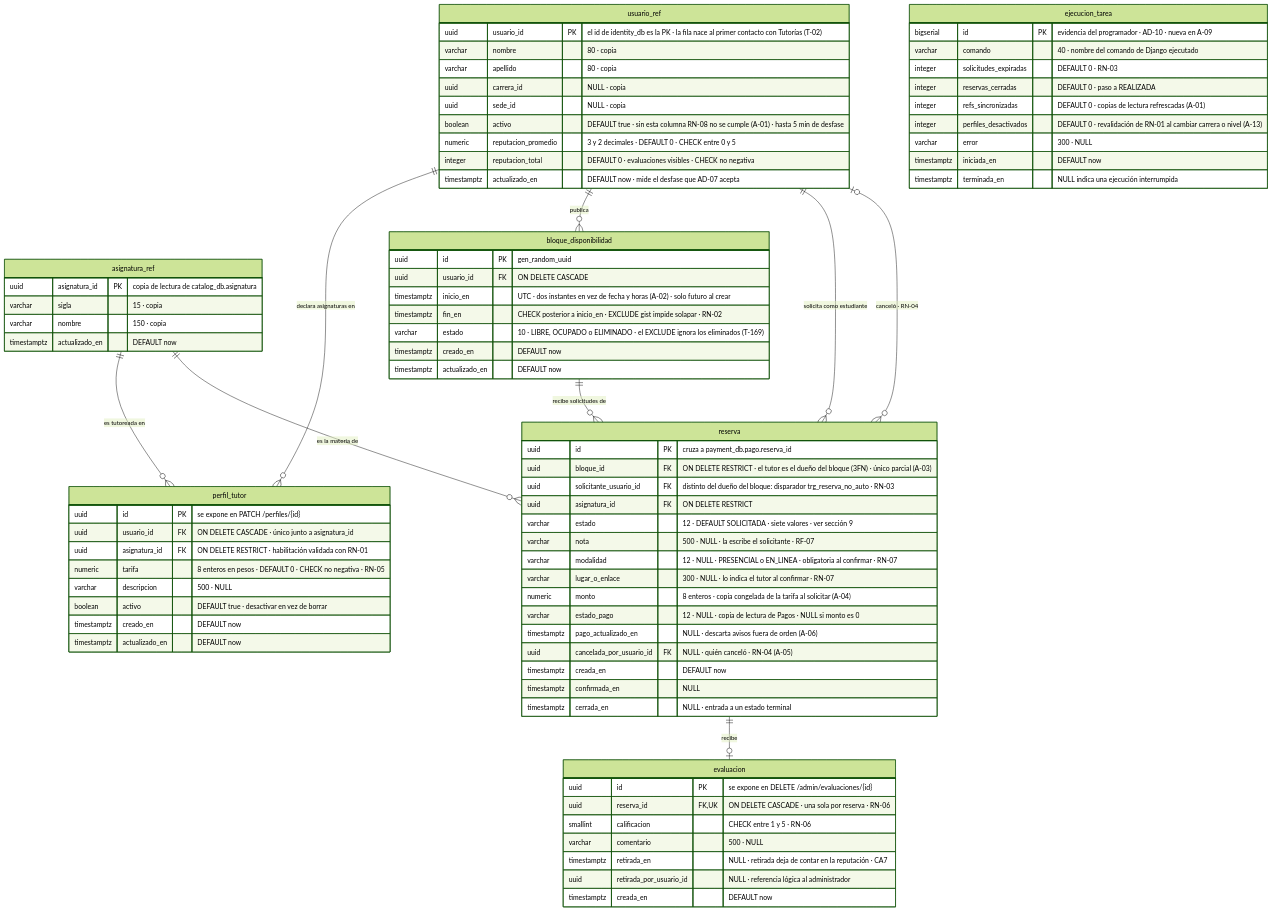
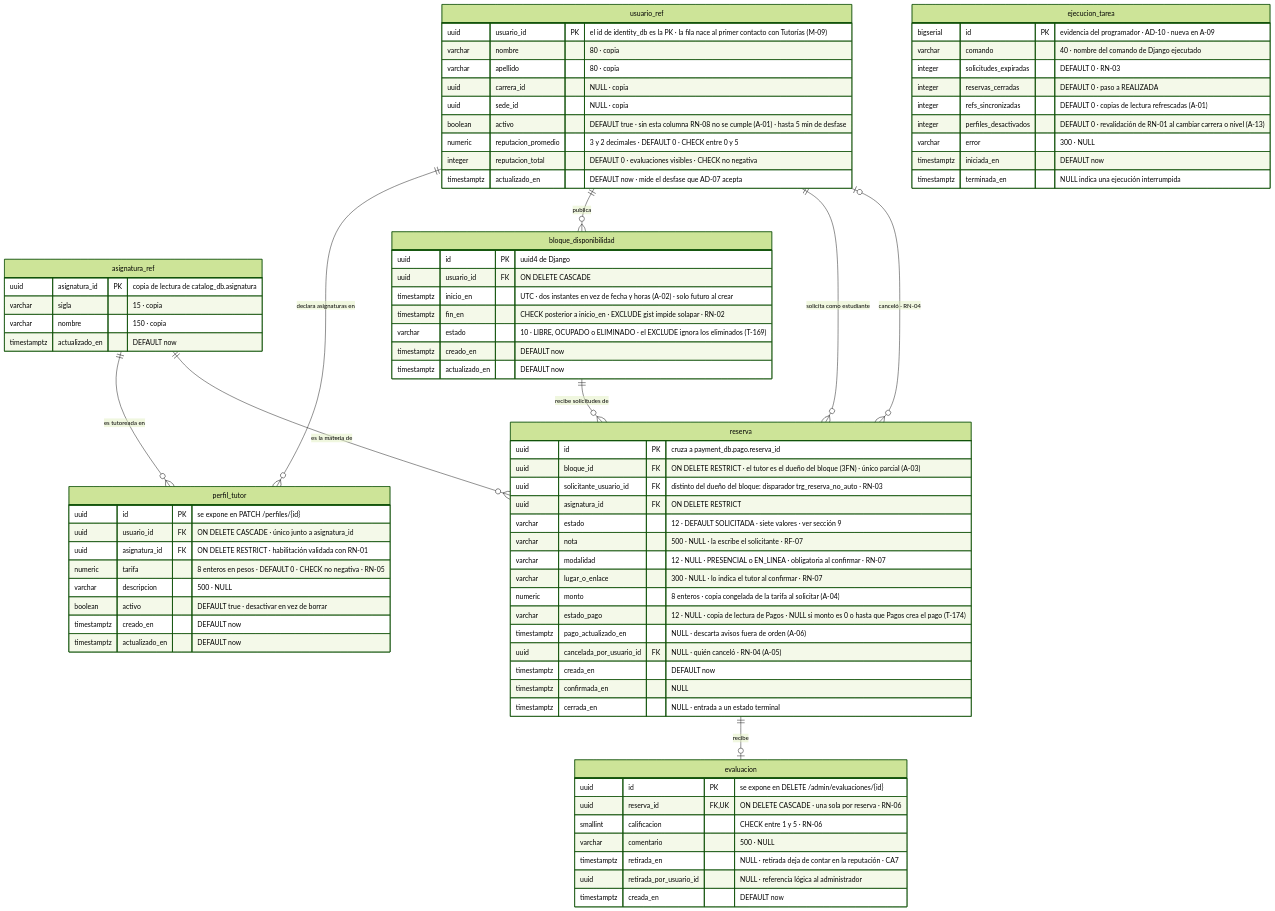
Before and after one commit to Bacchi701/Plataforma-web-tutorias: the diagram in Fase 2/Evidencias Proyecto/Evidencias de sistema/Base de datos/diagramas/03_tutoring_db.mmd, drawn with Mermaid (forest theme). The commit also changed 92 other files, not shown here.

```diff
--- a/Fase 2/Evidencias Proyecto/Evidencias de sistema/Base de datos/diagramas/03_tutoring_db.mmd
+++ b/Fase 2/Evidencias Proyecto/Evidencias de sistema/Base de datos/diagramas/03_tutoring_db.mmd
@@ -1,97 +1,98 @@
-%% Pilar 2 · Anexo A v1.3 — Modelo de datos · Diagrama 3 de 5
+%% Pilar 2 · Anexo A v1.6 — Modelo de datos · Diagrama 3 de 5
 %% tutoring_db — Servicio de Tutorías · 7 tablas
 %% Los trece ajustes A-01 a A-13 quedaron aprobados el 14-09-2026.
-%% Modelo IMPLEMENTADO el 30-09-2026 (migraciones de la semana 8). Difiere del anexo A
-%% en lo que dejo la revision de 3FN: ver la presentacion de normalizacion.
+%% Es el modelo implementado: las migraciones del 01-10-2026, con la revisión de normalización
+%% del 30-09-2026. Coincide con el anexo A v1.6.
+%% Los DEFAULT y los ON DELETE los aplica Django, no la base (anexo A, sección 2).
 %% usuario_ref y asignatura_ref son copias de lectura de otros servicios (AD-07).
 %% Dentro de esta base son tablas normales, con FK reales: por eso la búsqueda de
 %% tutores se resuelve sin una sola llamada HTTP.
 erDiagram
     usuario_ref {
-        uuid usuario_id PK "el id de identity_db es la PK · la fila nace al primer contacto con Tutorías (T-02)"
+        uuid usuario_id PK "el id de identity_db es la PK · la fila nace al primer contacto con Tutorías (M-09)"
         varchar nombre "80 · copia"
         varchar apellido "80 · copia"
         uuid carrera_id "NULL · copia"
         uuid sede_id "NULL · copia"
         boolean activo "DEFAULT true · sin esta columna RN-08 no se cumple (A-01) · hasta 5 min de desfase"
         numeric reputacion_promedio "3 y 2 decimales · DEFAULT 0 · CHECK entre 0 y 5"
         integer reputacion_total "DEFAULT 0 · evaluaciones visibles · CHECK no negativa"
         timestamptz actualizado_en "DEFAULT now · mide el desfase que AD-07 acepta"
     }
 
     asignatura_ref {
         uuid asignatura_id PK "copia de lectura de catalog_db.asignatura"
         varchar sigla "15 · copia"
         varchar nombre "150 · copia"
         timestamptz actualizado_en "DEFAULT now"
     }
 
     perfil_tutor {
         uuid id PK "se expone en PATCH /perfiles/{id}"
         uuid usuario_id FK "ON DELETE CASCADE · único junto a asignatura_id"
         uuid asignatura_id FK "ON DELETE RESTRICT · habilitación validada con RN-01"
         numeric tarifa "8 enteros en pesos · DEFAULT 0 · CHECK no negativa · RN-05"
         varchar descripcion "500 · NULL"
         boolean activo "DEFAULT true · desactivar en vez de borrar"
         timestamptz creado_en "DEFAULT now"
         timestamptz actualizado_en "DEFAULT now"
     }
 
     bloque_disponibilidad {
-        uuid id PK "gen_random_uuid"
+        uuid id PK "uuid4 de Django"
         uuid usuario_id FK "ON DELETE CASCADE"
         timestamptz inicio_en "UTC · dos instantes en vez de fecha y horas (A-02) · solo futuro al crear"
         timestamptz fin_en "CHECK posterior a inicio_en · EXCLUDE gist impide solapar · RN-02"
         varchar estado "10 · LIBRE, OCUPADO o ELIMINADO · el EXCLUDE ignora los eliminados (T-169)"
         timestamptz creado_en "DEFAULT now"
         timestamptz actualizado_en "DEFAULT now"
     }
 
     reserva {
         uuid id PK "cruza a payment_db.pago.reserva_id"
         uuid bloque_id FK "ON DELETE RESTRICT · el tutor es el dueño del bloque (3FN) · único parcial (A-03)"
         uuid solicitante_usuario_id FK "distinto del dueño del bloque: disparador trg_reserva_no_auto · RN-03"
         uuid asignatura_id FK "ON DELETE RESTRICT"
         varchar estado "12 · DEFAULT SOLICITADA · siete valores · ver sección 9"
         varchar nota "500 · NULL · la escribe el solicitante · RF-07"
         varchar modalidad "12 · NULL · PRESENCIAL o EN_LINEA · obligatoria al confirmar · RN-07"
         varchar lugar_o_enlace "300 · NULL · lo indica el tutor al confirmar · RN-07"
         numeric monto "8 enteros · copia congelada de la tarifa al solicitar (A-04)"
-        varchar estado_pago "12 · NULL · copia de lectura de Pagos · NULL si monto es 0"
+        varchar estado_pago "12 · NULL · copia de lectura de Pagos · NULL si monto es 0 o hasta que Pagos crea el pago (T-174)"
         timestamptz pago_actualizado_en "NULL · descarta avisos fuera de orden (A-06)"
         uuid cancelada_por_usuario_id FK "NULL · quién canceló · RN-04 (A-05)"
         timestamptz creada_en "DEFAULT now"
         timestamptz confirmada_en "NULL"
         timestamptz cerrada_en "NULL · entrada a un estado terminal"
     }
 
     evaluacion {
         uuid id PK "se expone en DELETE /admin/evaluaciones/{id}"
         uuid reserva_id FK,UK "ON DELETE CASCADE · una sola por reserva · RN-06"
         smallint calificacion "CHECK entre 1 y 5 · RN-06"
         varchar comentario "500 · NULL"
         timestamptz retirada_en "NULL · retirada deja de contar en la reputación · CA7"
         uuid retirada_por_usuario_id "NULL · referencia lógica al administrador"
         timestamptz creada_en "DEFAULT now"
     }
 
     ejecucion_tarea {
         bigserial id PK "evidencia del programador · AD-10 · nueva en A-09"
         varchar comando "40 · nombre del comando de Django ejecutado"
         integer solicitudes_expiradas "DEFAULT 0 · RN-03"
         integer reservas_cerradas "DEFAULT 0 · paso a REALIZADA"
         integer refs_sincronizadas "DEFAULT 0 · copias de lectura refrescadas (A-01)"
         integer perfiles_desactivados "DEFAULT 0 · revalidación de RN-01 al cambiar carrera o nivel (A-13)"
         varchar error "300 · NULL"
         timestamptz iniciada_en "DEFAULT now"
         timestamptz terminada_en "NULL indica una ejecución interrumpida"
     }
 
     usuario_ref ||--o{ perfil_tutor : "declara asignaturas en"
     asignatura_ref ||--o{ perfil_tutor : "es tutoreada en"
     usuario_ref ||--o{ bloque_disponibilidad : "publica"
     bloque_disponibilidad ||--o{ reserva : "recibe solicitudes de"
     usuario_ref ||--o{ reserva : "solicita como estudiante"
     usuario_ref |o--o{ reserva : "canceló · RN-04"
     asignatura_ref ||--o{ reserva : "es la materia de"
     reserva ||--o| evaluacion : "recibe"
```
